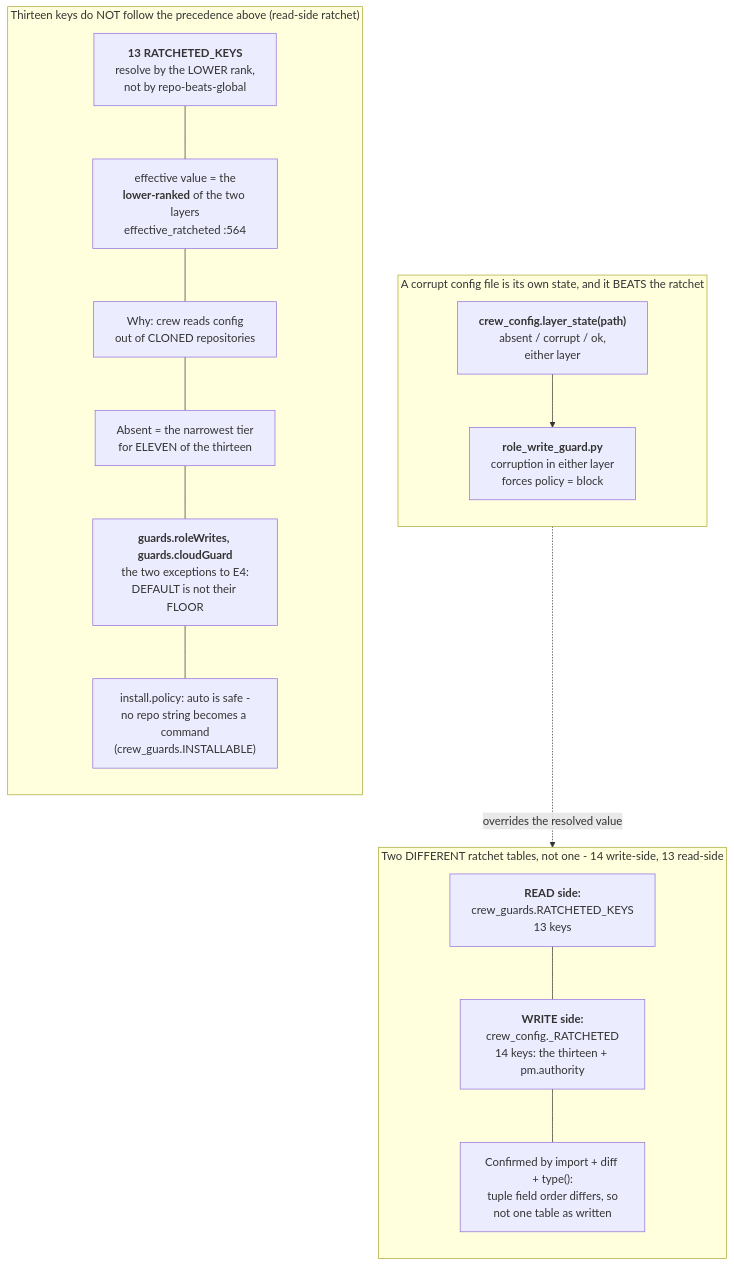
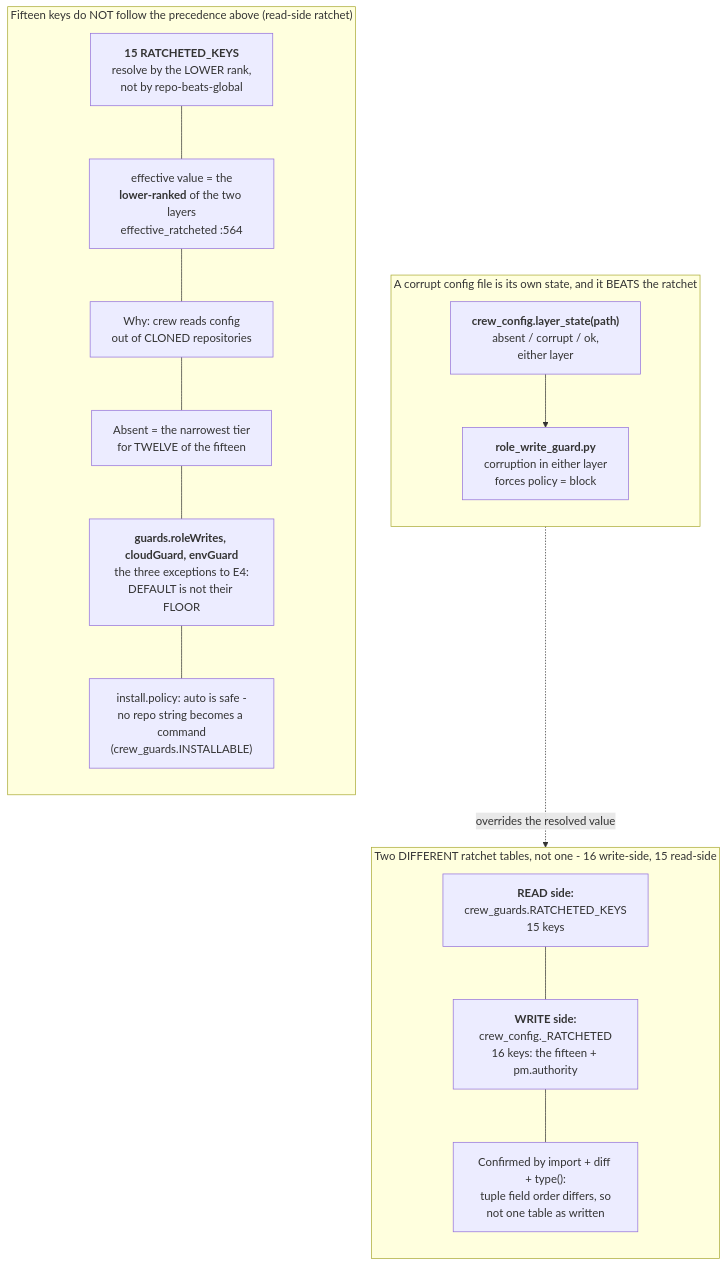
Before and after one commit to mbadali25/useful-claude-add-ons: the diagram in docs/diagrams/data-flow-crew-config-ratchet.mmd, drawn with Mermaid. The commit also changed 5 other files, not shown here.

First line of the commit message:
L-0772: the python fallback reads the resolved repo layer; pylint R0916; diagrams

```diff
--- a/docs/diagrams/data-flow-crew-config-ratchet.mmd
+++ b/docs/diagrams/data-flow-crew-config-ratchet.mmd
@@ -1,89 +1,94 @@
 %% Generated from useful-claude-add-ons@5307a80e on 2026-10-02, re-anchored 2026-10-09 (L-0713 follow-up refresh; see the note below the Purpose line). Verify before trusting.
 %% Anchors: plugin/crew/hooks/scripts/crew_guards.py, plugin/crew/hooks/scripts/crew_config.py, plugin/crew/hooks/scripts/role_write_guard.py, plugin/crew/CONFIG.md, plugin/crew/tests/test_install_policy.py
-%% Purpose: The keys that do not follow repo-beats-global: the two ratchet tables (read side and write side), the thirteen keys that resolve by the lower rank, and how a corrupt config file forces the role-write guard to block.
+%% Purpose: The keys that do not follow repo-beats-global: the two ratchet tables (read side and write side), the fifteen keys that resolve by the lower rank, and how a corrupt config file forces the role-write guard to block.
+%% Re-drawn for L-0772 on 2026-10-11 (crew_guards.ENV_GUARD_NAMES, guards.envGuard). Measured by import on L-0772-env-guard:
+%%    ALL_GUARD_NAMES is TWELVE names (the ten below, guards.deployWorkflow, and envGuard), RATCHETED_KEYS 15 keys,
+%%    _RATCHETED 16, and set(_RATCHETED) - set(RATCHETED_KEYS) is still {'pm.authority'}. envGuard reuses roleWrites'
+%%    vocabulary through guard_tiers() (crew_guards.py:518), so it is the third key whose default is not its floor.
+%%    Line numbers in the notes below were not re-measured except where this note gives them.
 %% Re-anchored 1d10d8f6 -> 5307a80e (L-0713 follow-up refresh, 2026-10-09): of the Anchors paths only CONFIG.md changed,
 %%    by three bold paragraphs and no heading (L-0713 at :42-50, L-0703 in section 16, L-0710 after :3043); section 15
 %%    and 16 are still the install.policy and guard sections this diagram names, and it cites CONFIG.md by section only.
 %%    Earlier note (L-0712): crew_state.py changed only in resolve_role's fallback, new :1502-1720, and CONFIG.md gained a subsection at :884-900; no line this diagram cites moved, checked with grep -n). No node or edge changed.
 %% Split from data-flow-crew-config.mmd (the overview); edges to other parts are drawn there.
 %% WHAT CREW 1.0 CHANGED IN THIS FLOW, in the order the sections below draw it:
 %%  1. A FOURTH guard vocabulary, `cloudGuard` - same words as `roleWrites`
 %%     (off/report/block), its own switch. `crew_guards.ALL_GUARD_NAMES` is now
 %%     TEN names (six GUARD_NAMES + two PROD_GUARD_NAMES + roleWrites +
 %%     cloudGuard), all ten present as leaves in BOTH default_config() and
 %%     default_global_config() - confirmed by executing leaf_paths() in this
 %%     worktree, not assumed from the tuple.
 %%  2. The ratchet table grew again: write-side crew_config._RATCHETED is now
 %%     14 keys, read-side crew_guards.RATCHETED_KEYS is 13 (T-0005 added
 %%     environments.prodUnattended to both) - executed and
 %%     diffed (`set(_RATCHETED) - set(RATCHETED_KEYS)`), and the ONLY
 %%     difference is still `pm.authority`, exactly the asymmetry the previous
 %%     anchor drew at a smaller size. The tuple SHAPES still disagree
 %%     ((function, function, dict) write-side vs (tuple, function, function)
 %%     read-side), confirmed by `type()` on each element, not asserted.
 %% Note RG: <b>READ side: crew_guards.RATCHETED_KEYS</b> plugin/crew/hooks/scripts/crew_guards.py:522-549
 %%    <b>13 keys</b> (executed + len()'d, this pass): install.policy, change.requireForProduction,
 %%    environments.prodUnattended (T-0005), and all TEN guards.* - terraformApply, forcePush, adminMerge,
 %%    mergeGate, cloudDestructive, sqlDestructive, prodDatabase, prodServer, roleWrites, <b>cloudGuard
 %%    (new)</b>. Consumed by crew_config.resolve_ratcheted() :831 via crew_guards.effective_ratcheted() :564,
 %%    called at crew_config.py:875
 %% Note RC: <b>WRITE side: crew_config._RATCHETED</b> plugin/crew/hooks/scripts/crew_config.py:2527 (extended
 %%    through :2622) <b>14 keys</b>: the same thirteen PLUS pm.authority. pm.authority is still NOT in
 %%    RATCHETED_KEYS - it resolves by ordinary precedence and only needs a widening NOTE when /crew:config
 %%    writes it
 %% Note RSHAPE: Confirmed by import + diff + type(), not asserted: 13-key intersection, pm.authority the only
 %%    difference (`set(_RATCHETED) - set(RATCHETED_KEYS) == {'pm.authority'}`), and the tuple field order
 %%    STILL differs -- (function, function, dict) here, (tuple, function, function) there -- so the two still
 %%    cannot be collapsed into one table as written
 %% Note LS: crew_config.layer_state(path) plugin/crew/hooks/scripts/crew_config.py:937 classifies ONE config
 %%    file, either layer (cloud=True / environments=True - the cloud guard's reads only - also call a
 %%    malformed cloud / environments block corrupt): <b>absent</b> - nothing there (os.path.lexists false, so
 %%    a DANGLING SYMLINK is corrupt, not absent). <b>corrupt</b> - present but not the shape this key needs: unreadable,
 %%    invalid JSON, not an object, or an object where <i>#quot;guards#quot; in parsed</i> and guards is not
 %%    itself a dict (an EXPLICIT null is corrupt, not an unset key). <b>ok</b> - everything else
 %% Note FORCE: plugin/crew/hooks/scripts/role_write_guard.py calls layer_state for BOTH layers at :760-761,
 %%    ORs them into forced_by_corruption :762, and sets policy = #quot;block#quot; UNCONDITIONALLY at :764-765
 %%    -- BEFORE the <i>elif policy == #quot;off#quot;: return 0</i> early exit at :766-767
 %% Note E1: <b>Every key in crew_guards.RATCHETED_KEYS :522-549 -- install.policy,
 %%    change.requireForProduction, environments.prodUnattended and all TEN guards.* -- resolves by the LOWER
 %%    rank, not by repo-beats-global.</b> CONFIG.md section 15 covers install.policy, section 16 the guards,
 %%    section 18 guards.roleWrites; environments.* is a subsection of section 16.
 %% Note E2: The effective value at each key is the <b>lower-ranked of the two layers</b> -
 %%    crew_guards.effective_ratcheted :564, reached through crew_config.resolve_ratcheted :831.
 %% Note E3: Why: crew reads config out of CLONED repositories. A repo shipping install.policy: auto, or
 %%    guards.cloudGuard: report, would, under precedence, override a machine owner who chose manual or off.
-%% Note E4: Absent counts as the narrowest tier on either side for ELEVEN of the thirteen, so the WIDEST grant
+%% Note E4: Absent counts as the narrowest tier on either side for TWELVE of the fifteen, so the WIDEST grant
 %%    requires BOTH layers to agree.
-%% Note E5: <b>guards.roleWrites and guards.cloudGuard are the two exceptions to E4, and the only keys here
+%% Note E5: <b>guards.roleWrites, guards.cloudGuard and guards.envGuard (L-0772) are the three exceptions to E4, and the only keys here
 %%    whose DEFAULT is not their FLOOR.</b> ROLE_WRITE_POLICIES is (block, report, off); ROLE_WRITE_DEFAULT is
-%%    <b>off</b>, the WIDEST tier, for both names - cloudGuard reuses roleWrites' own normalise/rank functions
+%%    <b>off</b>, the WIDEST tier, for all three names - cloudGuard and envGuard reuse roleWrites' own normalise/rank functions
 %%    rather than growing a second copy (crew_guards.py:450-487, guard_tiers() :490-504).
 %% Note E6: install.policy: auto is safe only because no repo-controlled string can become a command -
 %%    crew_guards.INSTALLABLE maps a name to a literal argv tuple, consulted BEFORE the policy. Asserted in
 %%    tests/test_install_policy.py.
 flowchart TB
 
-    subgraph Ratchet["Two DIFFERENT ratchet tables, not one - 14 write-side, 13 read-side"]
+    subgraph Ratchet["Two DIFFERENT ratchet tables, not one - 16 write-side, 15 read-side"]
         direction TB
-        RG["<b>READ side:</b><br/>crew_guards.RATCHETED_KEYS<br/>13 keys"]
-        RC["<b>WRITE side:</b><br/>crew_config._RATCHETED<br/>14 keys: the thirteen + pm.authority"]
+        RG["<b>READ side:</b><br/>crew_guards.RATCHETED_KEYS<br/>15 keys"]
+        RC["<b>WRITE side:</b><br/>crew_config._RATCHETED<br/>16 keys: the fifteen + pm.authority"]
         RSHAPE["Confirmed by import + diff + type():<br/>tuple field order differs, so<br/>not one table as written"]
         RG --- RC --- RSHAPE
     end
     subgraph Corrupt["A corrupt config file is its own state, and it BEATS the ratchet"]
         direction TB
         LS["<b>crew_config.layer_state(path)</b><br/>absent / corrupt / ok,<br/>either layer"]
         FORCE["<b>role_write_guard.py</b><br/>corruption in either layer<br/>forces policy = block"]
         LS --> FORCE
     end
     FORCE -.->|"overrides the resolved value"| Ratchet
-    subgraph Except["Thirteen keys do NOT follow the precedence above (read-side ratchet)"]
+    subgraph Except["Fifteen keys do NOT follow the precedence above (read-side ratchet)"]
         direction TB
-        E1["<b>13 RATCHETED_KEYS</b><br/>resolve by the LOWER rank,<br/>not by repo-beats-global"]
+        E1["<b>15 RATCHETED_KEYS</b><br/>resolve by the LOWER rank,<br/>not by repo-beats-global"]
         E2["effective value = the<br/><b>lower-ranked</b> of the two layers<br/>effective_ratcheted :564"]
         E3["Why: crew reads config<br/>out of CLONED repositories"]
-        E4["Absent = the narrowest tier<br/>for ELEVEN of the thirteen"]
-        E5["<b>guards.roleWrites, guards.cloudGuard</b><br/>the two exceptions to E4:<br/>DEFAULT is not their FLOOR"]
+        E4["Absent = the narrowest tier<br/>for TWELVE of the fifteen"]
+        E5["<b>guards.roleWrites, cloudGuard, envGuard</b><br/>the three exceptions to E4:<br/>DEFAULT is not their FLOOR"]
         E6["install.policy: auto is safe -<br/>no repo string becomes a command<br/>(crew_guards.INSTALLABLE)"]
         E1 --- E2 --- E3 --- E4 --- E5 --- E6
     end
```
